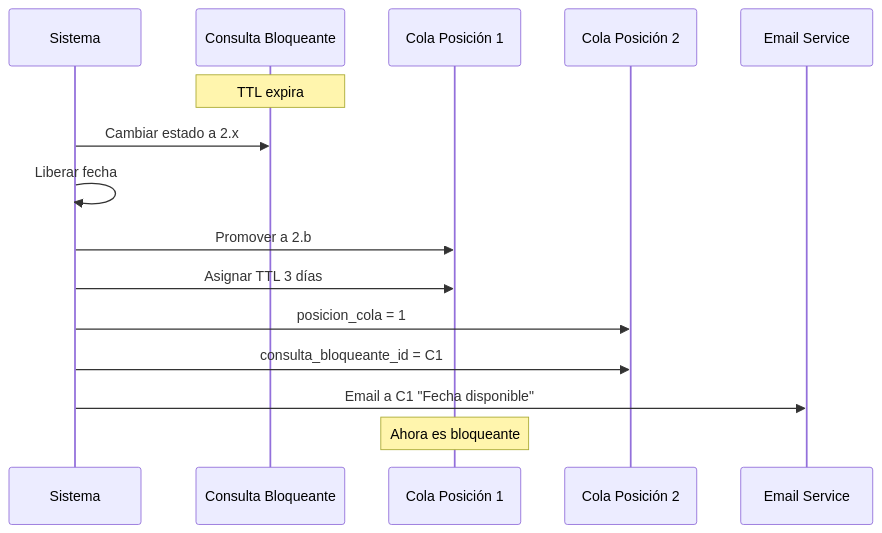
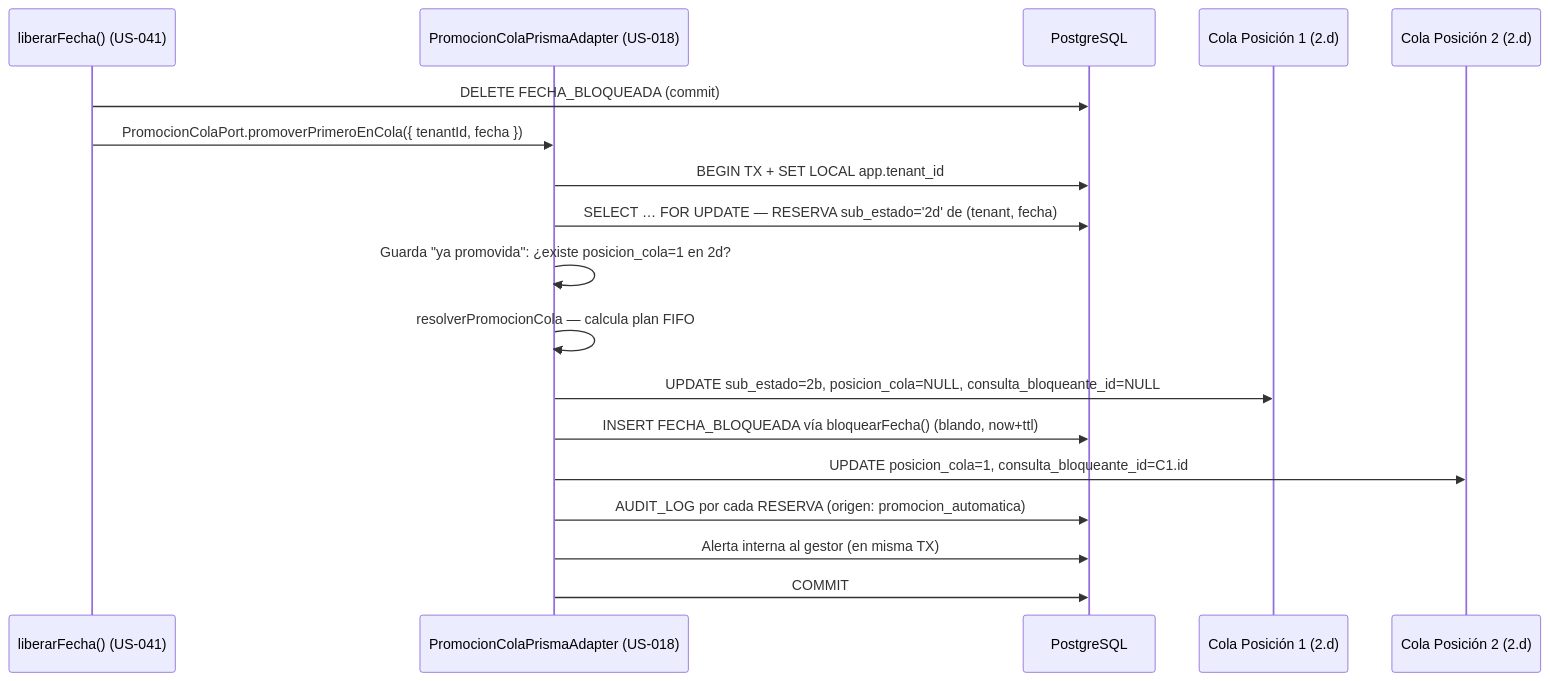
One commit to rvila89/slotify changed the eighth of 16 diagrams in docs/use-cases.md. Above: the diagram before and after it, drawn with Mermaid. The commit also changed other lines of this file and 27 other files, not shown here.

First line of the commit message:
feat(consultas): US-018 promoción automática de la primera consulta en cola

````diff
--- a/docs/use-cases.md
+++ b/docs/use-cases.md
@@ -640,18 +646,21 @@
 ```mermaid
 sequenceDiagram
-    participant S as Sistema
-    participant CB as Consulta Bloqueante
-    participant C1 as Cola Posición 1
-    participant C2 as Cola Posición 2
-    participant E as Email Service
-    
-    Note over CB: TTL expira
-    S->>CB: Cambiar estado a 2.x
-    S->>S: Liberar fecha
-    S->>C1: Promover a 2.b
-    S->>C1: Asignar TTL 3 días
-    S->>C2: posicion_cola = 1
-    S->>C2: consulta_bloqueante_id = C1
-    S->>E: Email a C1 "Fecha disponible"
-    Note over C1: Ahora es bloqueante
+    participant LF as liberarFecha() (US-041)
+    participant S as PromocionColaPrismaAdapter (US-018)
+    participant DB as PostgreSQL
+    participant C1 as Cola Posición 1 (2.d)
+    participant C2 as Cola Posición 2 (2.d)
+
+    LF->>DB: DELETE FECHA_BLOQUEADA (commit)
+    LF->>S: PromocionColaPort.promoverPrimeroEnCola({ tenantId, fecha })
+    S->>DB: BEGIN TX + SET LOCAL app.tenant_id
+    S->>DB: SELECT … FOR UPDATE — RESERVA sub_estado='2d' de (tenant, fecha)
+    S->>S: Guarda "ya promovida": ¿existe posicion_cola=1 en 2d?
+    S->>S: resolverPromocionCola — calcula plan FIFO
+    S->>C1: UPDATE sub_estado=2b, posicion_cola=NULL, consulta_bloqueante_id=NULL
+    S->>DB: INSERT FECHA_BLOQUEADA vía bloquearFecha() (blando, now+ttl)
+    S->>C2: UPDATE posicion_cola=1, consulta_bloqueante_id=C1.id
+    S->>DB: AUDIT_LOG por cada RESERVA (origen: promocion_automatica)
+    S->>DB: Alerta interna al gestor (en misma TX)
+    S->>DB: COMMIT
 ```
````
